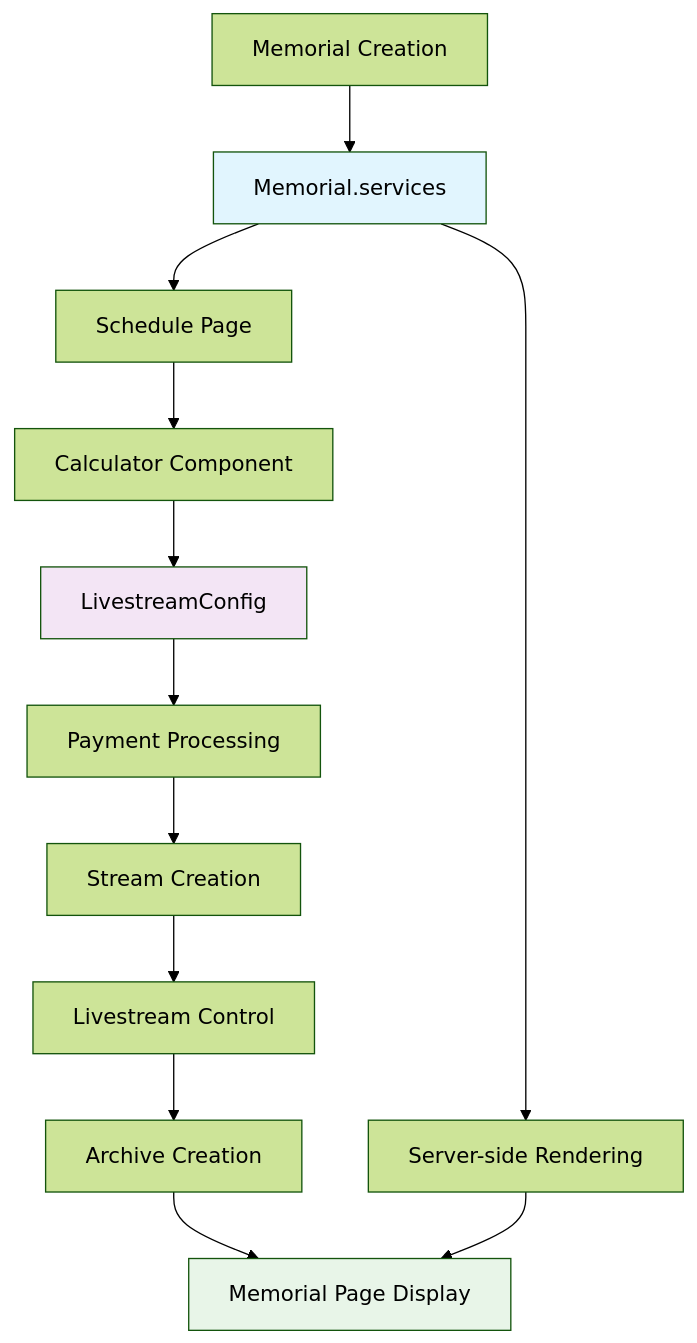
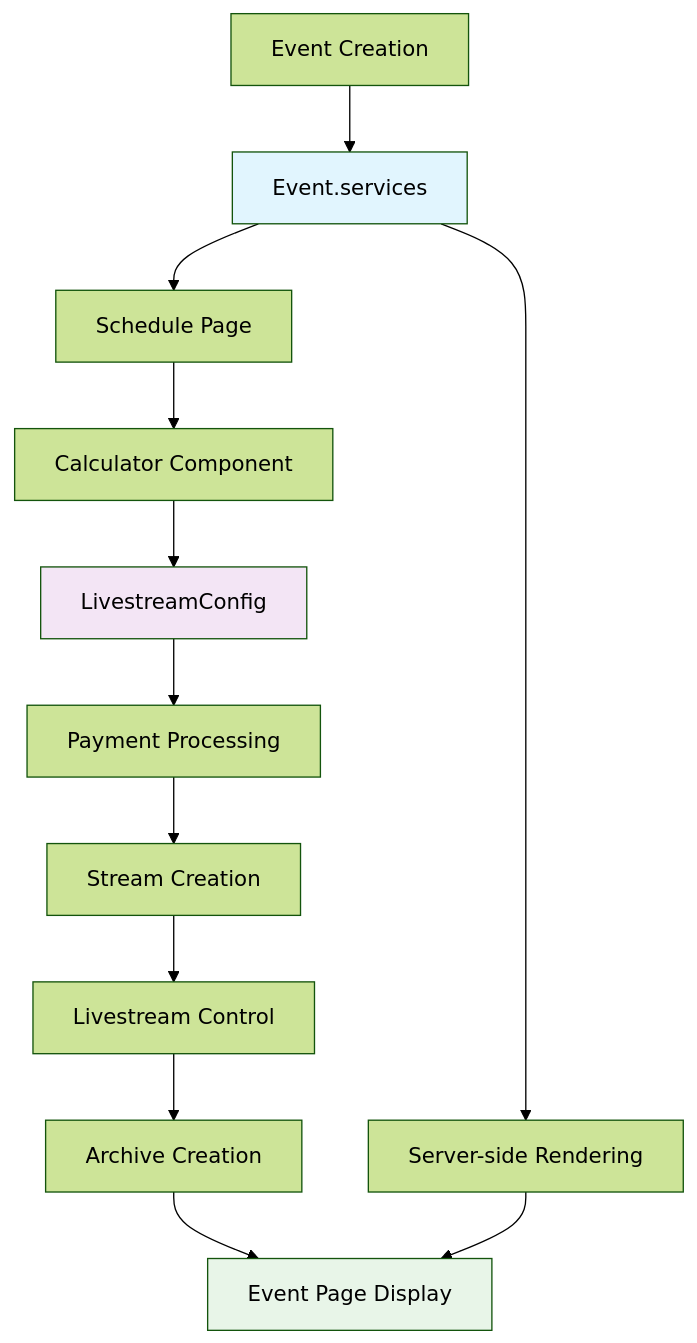
One commit to TimeMachine1994/081925-SvelteTweb changed the seventh of 9 diagrams in Old Docs01/old docsdocs/07-integration-flows.md. Above: the diagram before and after it, drawn with Mermaid (forest theme). The commit also changed other lines of this file and 418 other files, not shown here.

First line of the commit message:
docs: update terminology from "memorial" to "event" across admin documentation

````diff
--- a/Old Docs01/old docsdocs/07-integration-flows.md
+++ b/Old Docs01/old docsdocs/07-integration-flows.md
@@ -503,19 +503,19 @@
 ```mermaid
 graph TD
-    A[Memorial Creation] --> B[Memorial.services]
+    A[Event Creation] --> B[Event.services]
     B --> C[Schedule Page]
     C --> D[Calculator Component]
     D --> E[LivestreamConfig]
     E --> F[Payment Processing]
     F --> G[Stream Creation]
     G --> H[Livestream Control]
     H --> I[Archive Creation]
-    I --> J[Memorial Page Display]
+    I --> J[Event Page Display]
     
     B --> K[Server-side Rendering]
     K --> J
     
     style B fill:#e1f5fe
     style E fill:#f3e5f5
     style J fill:#e8f5e8
 ```
````
